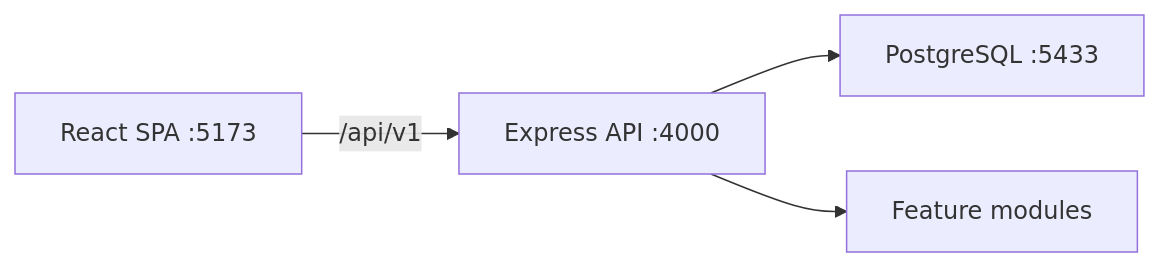
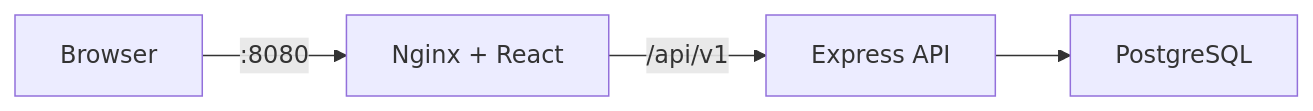
Before and after one commit to cse21program/portfolio: the diagram in README.md, drawn with Mermaid. The commit also changed other lines of this file and 15 other files, not shown here.

````diff
--- a/README.md
+++ b/README.md
@@ -52,6 +53,6 @@
 ```mermaid
 flowchart LR
-  Browser["React SPA :5173"] -->|/api/v1| API["Express API :4000"]
-  API --> PG["PostgreSQL :5433"]
-  API --> Modules["Feature modules"]
+  Browser["Browser"] -->|:8080| Web["Nginx + React"]
+  Web -->|/api/v1| API["Express API"]
+  API --> PG["PostgreSQL"]
 ```
````
